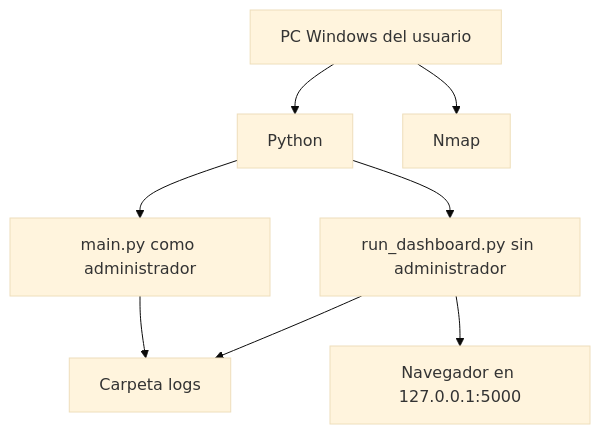
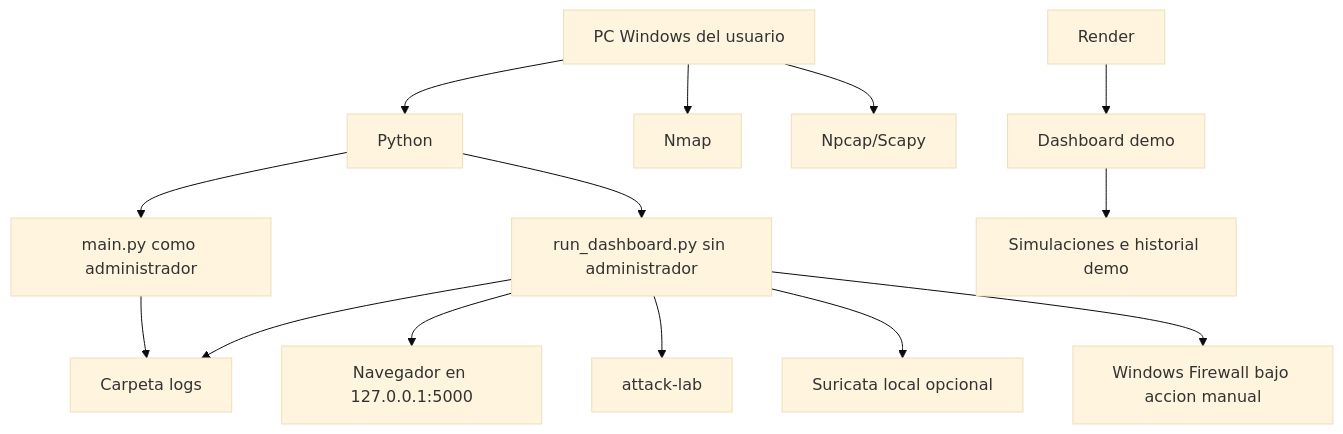
The fifth of 5 diagrams in docs/FD04-Informe-Arquitectura de Software.md (UPT-FAING-EPIS/proyecto-si784-2026-i-u3-ids-sistema-deteccion-de-instrusos_u3), drawn with Mermaid (base theme) before and after one commit. The commit also changed other lines of this file and 5 other files, not shown here.

````diff
--- a/docs/FD04-Informe-Arquitectura de Software.md
+++ b/docs/FD04-Informe-Arquitectura de Software.md
@@ -194,11 +261,17 @@
 ```mermaid
 flowchart TD
     PC[PC Windows del usuario]
     PC --> PY[Python]
     PC --> NMAP[Nmap]
+    PC --> NPCAP[Npcap/Scapy]
     PY --> IDS[main.py como administrador]
     PY --> WEB[run_dashboard.py sin administrador]
     IDS --> LOGS[Carpeta logs]
     WEB --> LOGS
     WEB --> Browser[Navegador en 127.0.0.1:5000]
+    WEB --> LAB[attack-lab]
+    WEB --> SURICATA[Suricata local opcional]
+    WEB --> FW[Windows Firewall bajo accion manual]
+    RENDER[Render] --> WEBDEMO[Dashboard demo]
+    WEBDEMO --> DEMOLOGS[Simulaciones e historial demo]
 ```
````
